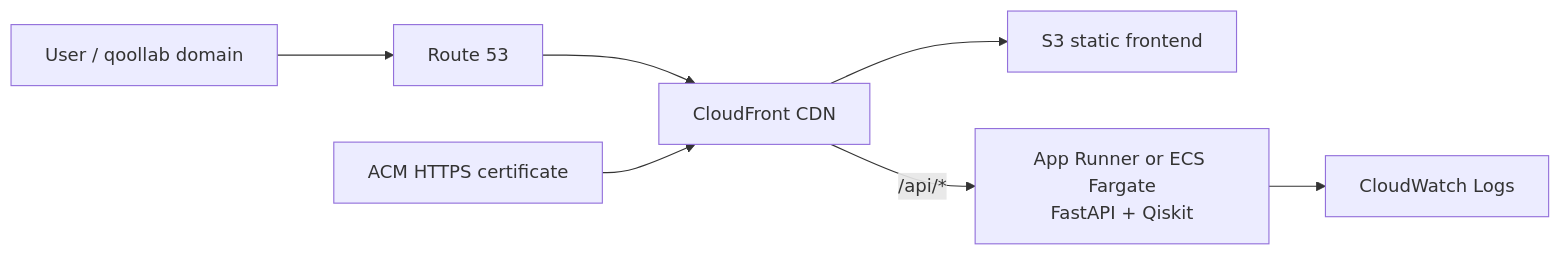
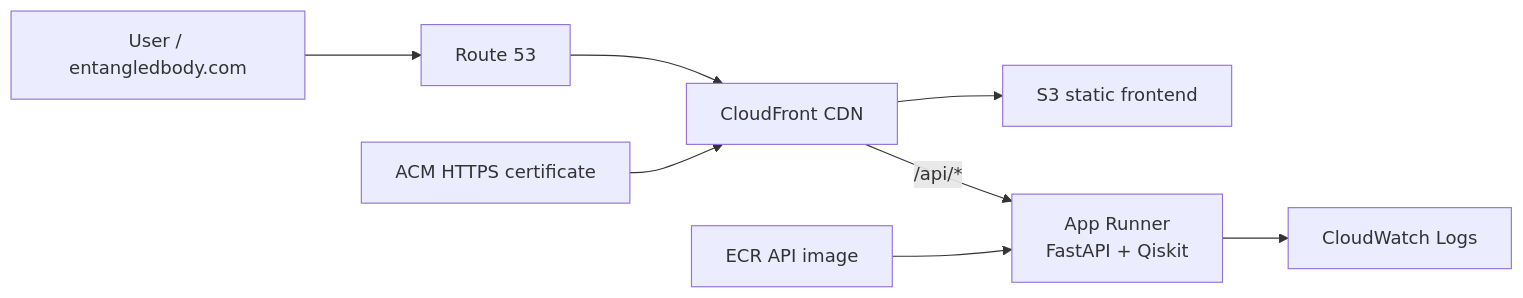
One commit to IonQ-Qollab-Quantum-Challenge/Entangled-Body changed the diagram in README.md. Above: the diagram before and after it, drawn with Mermaid. The commit also changed other lines of this file and 1 other file, not shown here.

````diff
--- a/README.md
+++ b/README.md
@@ -20,17 +28,19 @@
 ```mermaid
 flowchart LR
-    user[User / qoollab domain]
+    user[User / entangledbody.com]
     dns[Route 53]
     cert[ACM HTTPS certificate]
     cf[CloudFront CDN]
     s3web[S3 static frontend]
-    api[App Runner or ECS Fargate<br/>FastAPI + Qiskit]
+    ecr[ECR API image]
+    api[App Runner<br/>FastAPI + Qiskit]
     logs[CloudWatch Logs]
 
     user --> dns
     dns --> cf
     cert --> cf
     cf --> s3web
     cf -->|/api/*| api
+    ecr --> api
     api --> logs
 ```
````
